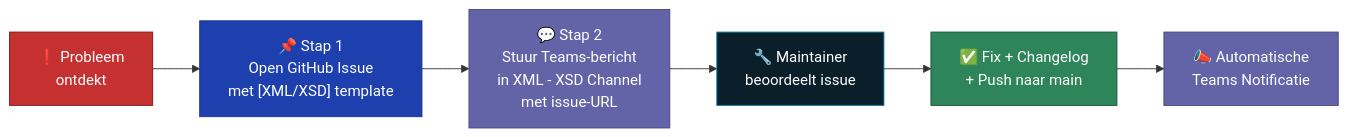
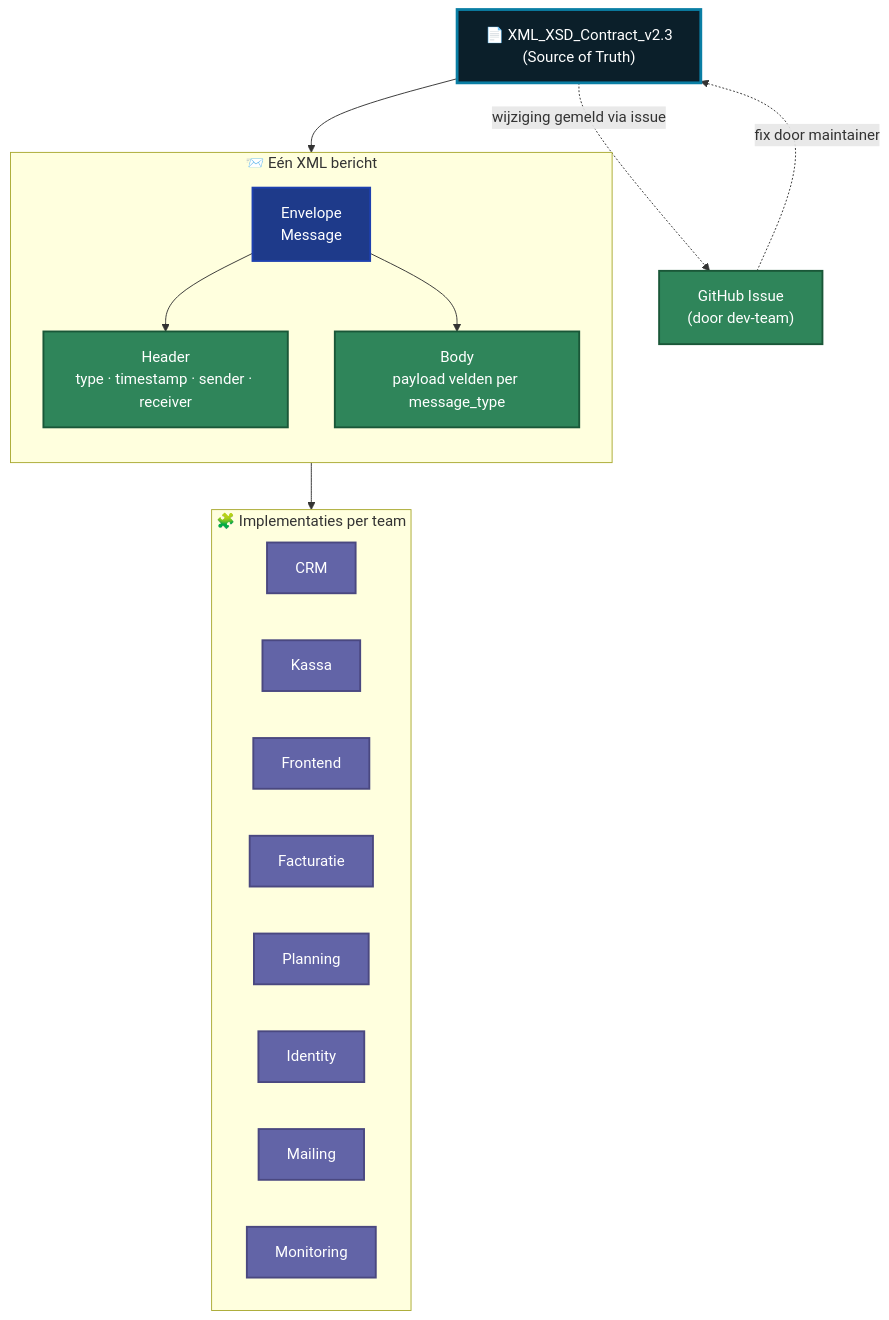
The third of 6 diagrams in README.md (IntegrationProject-Groep1/xml-xsd-contract), drawn with Mermaid before and after one commit. The commit also changed other lines of this file, not shown here.

````diff
--- a/README.md
+++ b/README.md
@@ -297,15 +272,36 @@
 ```mermaid
-flowchart LR
-    A["❗ Probleem\nontdekt"] --> B["📌 Stap 1\nOpen GitHub Issue\nmet [XML/XSD] template"]
-    B --> C["💬 Stap 2\nStuur Teams-bericht\nin XML - XSD Channel\nmet issue-URL"]
-    C --> D["🔧 Maintainer\nbeoordeelt issue"]
-    D --> E["✅ Fix + Changelog\n+ Push naar main"]
-    E --> F["📣 Automatische\nTeams Notificatie"]
+flowchart TB
+    classDef truth   fill:#0b1f2a,color:#fff,stroke:#0a7ea4,stroke-width:3px;
+    classDef msg     fill:#1e3a8a,color:#fff,stroke:#1e40af,stroke-width:2px;
+    classDef field   fill:#2f855a,color:#fff,stroke:#1a5738,stroke-width:2px;
+    classDef teamcl  fill:#6264a7,color:#fff,stroke:#4a4880,stroke-width:2px;
 
-    style A fill:#c53030,color:#fff,stroke:#7f1d1d
-    style B fill:#1e40af,color:#fff,stroke:#1e3a8a
-    style C fill:#6264a7,color:#fff,stroke:#4a4880
-    style D fill:#0b1f2a,color:#fff,stroke:#0a7ea4
-    style E fill:#2f855a,color:#fff,stroke:#1a5738
-    style F fill:#6264a7,color:#fff,stroke:#4a4880
+    SOT["📄 XML_XSD_Contract_v2.3<br/>(Source of Truth)"]:::truth
+
+    subgraph BERICHT["📨 Eén XML bericht"]
+        direction TB
+        ENV["Envelope<br/>Message"]:::msg
+        HDR["Header<br/>type · timestamp · sender · receiver"]:::field
+        BODY["Body<br/>payload velden per message_type"]:::field
+        ENV --> HDR
+        ENV --> BODY
+    end
+
+    subgraph CONSUMERS["🧩 Implementaties per team"]
+        direction LR
+        CRM2["CRM"]:::teamcl
+        KAS2["Kassa"]:::teamcl
+        FE2["Frontend"]:::teamcl
+        FAC2["Facturatie"]:::teamcl
+        PL2["Planning"]:::teamcl
+        ID2["Identity"]:::teamcl
+        MAIL2["Mailing"]:::teamcl
+        MON2["Monitoring"]:::teamcl
+    end
+
+    SOT --> BERICHT
+    BERICHT --> CONSUMERS
+
+    SOT -. "wijziging gemeld via issue" .-> ISSUE["GitHub Issue<br/>(door dev-team)"]:::field
+    ISSUE -. "fix door maintainer" .-> SOT
 ```
````
